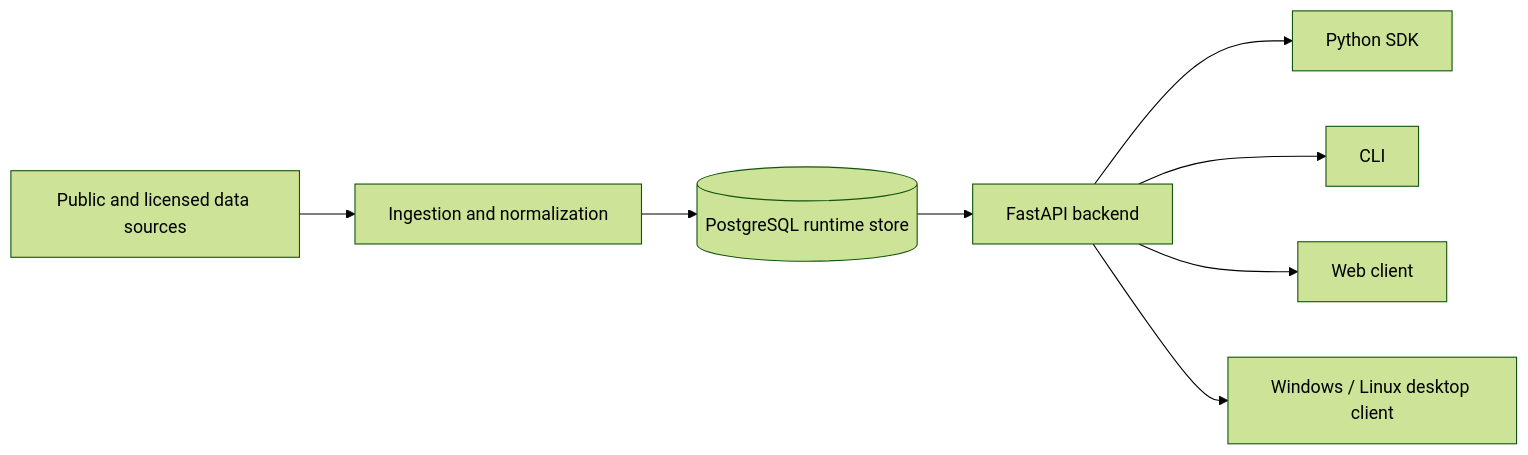
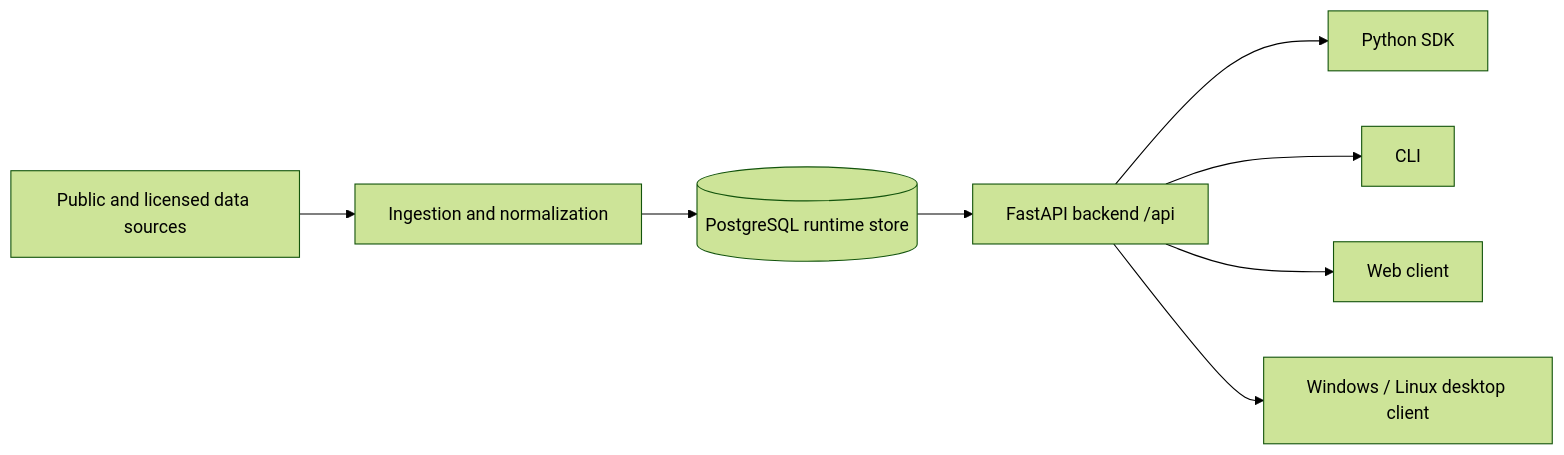
Before and after one commit to AlexYuhuFeng/EurogasNexus: the diagram in README.md, drawn with Mermaid (forest theme). The commit also changed other lines of this file, not shown here.

````diff
--- a/README.md
+++ b/README.md
@@ -74,10 +102,10 @@
 ```mermaid
 flowchart LR
     Sources["Public and licensed data sources"] --> Ingestion["Ingestion and normalization"]
     Ingestion --> DB[("PostgreSQL runtime store")]
-    DB --> API["FastAPI backend"]
+    DB --> API["FastAPI backend /api"]
     API --> SDK["Python SDK"]
     API --> CLI["CLI"]
     API --> Web["Web client"]
     API --> Desktop["Windows / Linux desktop client"]
 ```
````
